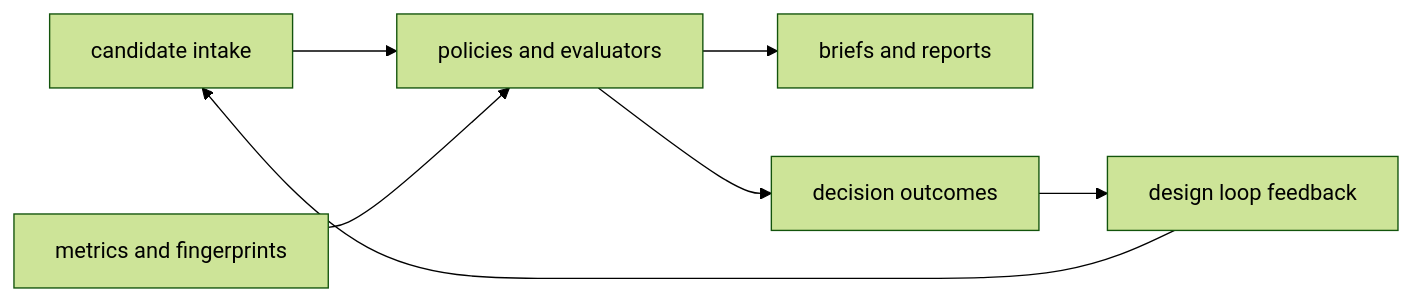
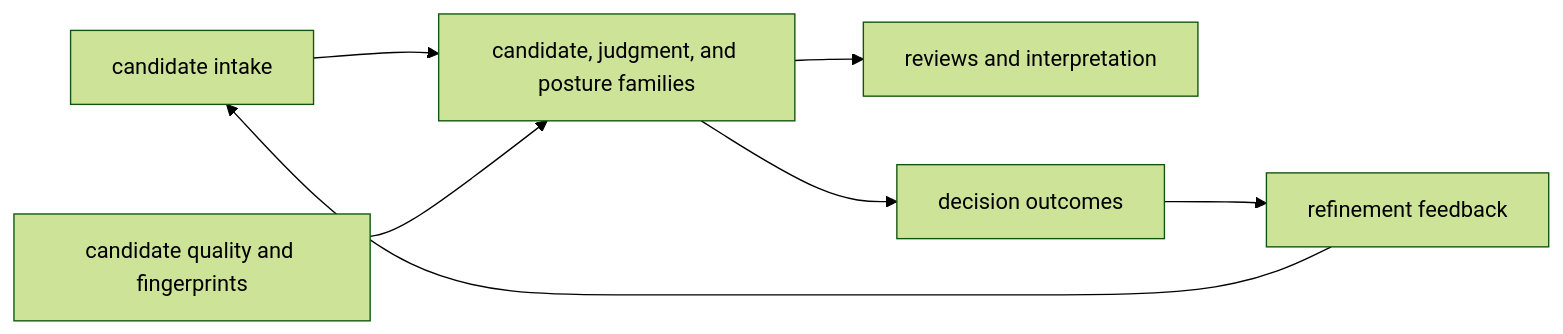
The diagram in docs/05-bijux-proteomics-intelligence/architecture/index.md (bijux/bijux-proteomics), drawn with Mermaid (forest theme) before and after one commit. The commit also changed other lines of this file and 35 other files, not shown here.

````diff
--- a/docs/05-bijux-proteomics-intelligence/architecture/index.md
+++ b/docs/05-bijux-proteomics-intelligence/architecture/index.md
@@ -17,16 +17,16 @@
 ```mermaid
 flowchart LR
     candidates["candidate intake"]
-    metrics["metrics and fingerprints"]
-    policies["policies and evaluators"]
-    briefs["briefs and reports"]
+    metrics["candidate quality and fingerprints"]
+    policies["candidate, judgment, and posture families"]
+    briefs["reviews and interpretation"]
     outcomes["decision outcomes"]
-    loop["design loop feedback"]
+    loop["refinement feedback"]
 
     candidates --> policies
     metrics --> policies
     policies --> briefs
     policies --> outcomes
     outcomes --> loop
     loop --> candidates
 ```
````
